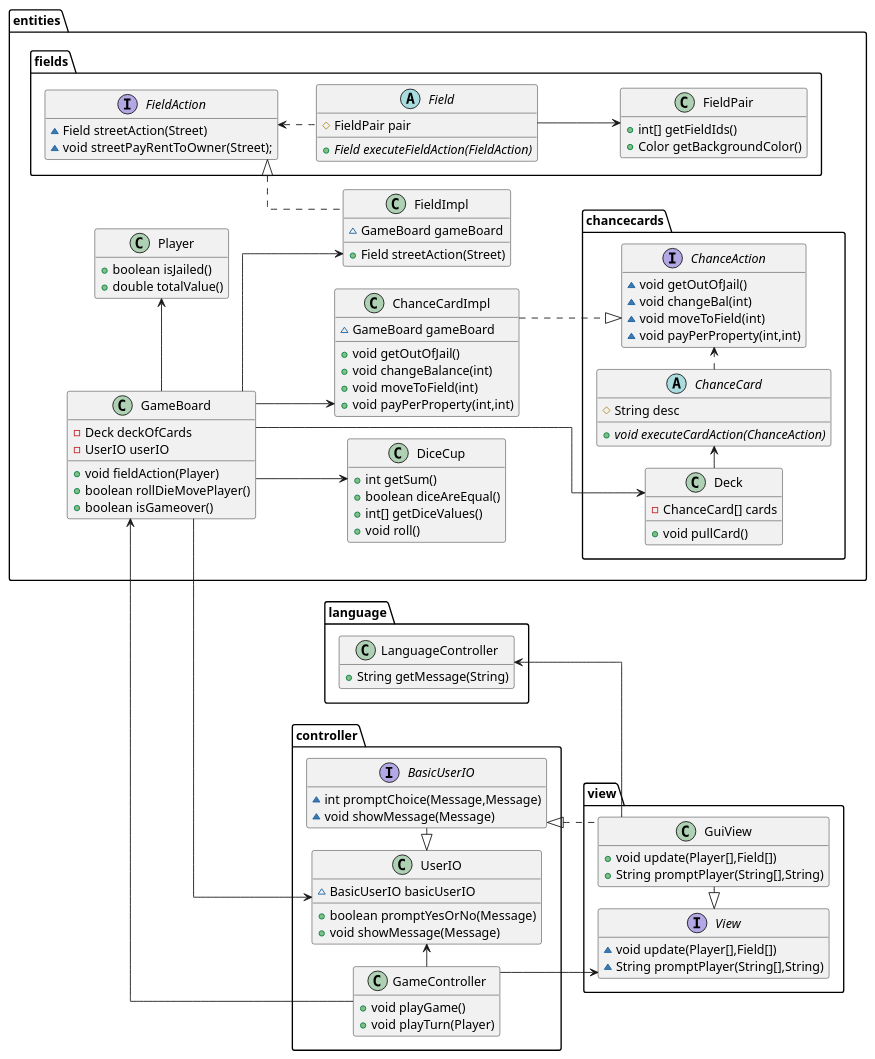
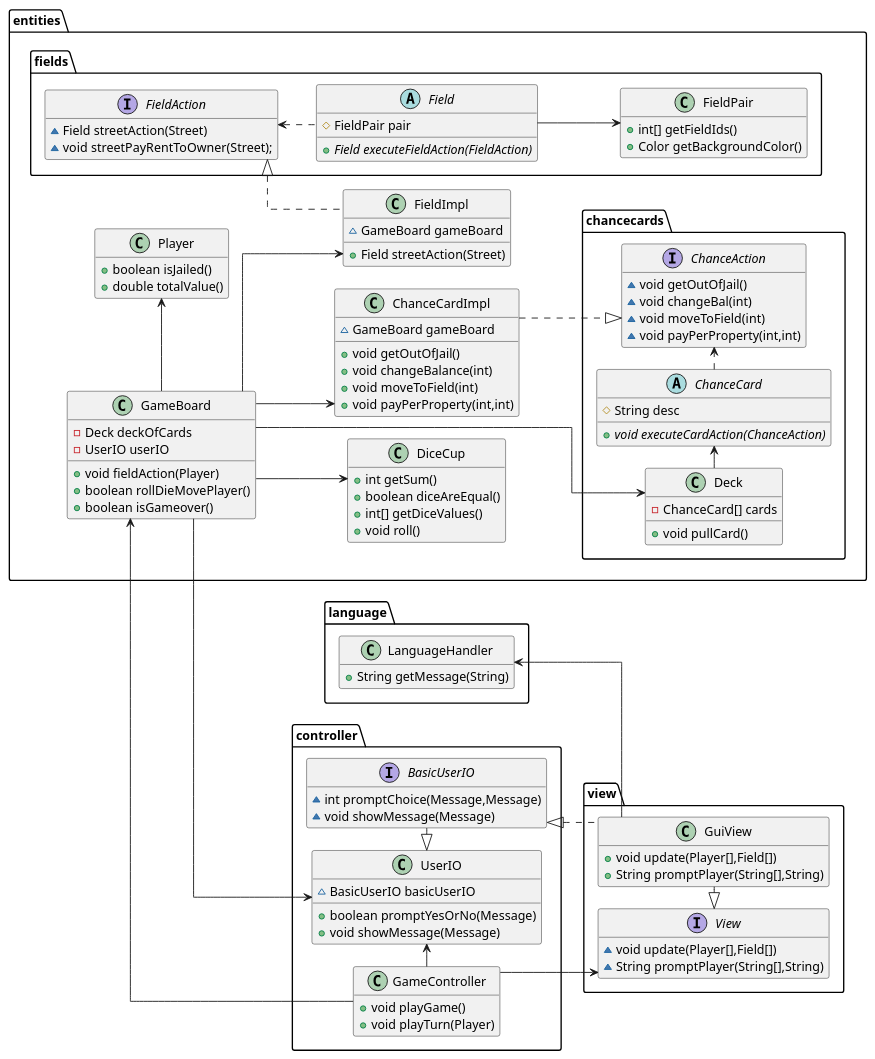
One commit to xdTobs/_22_del3 changed the diagram in diagrams/ClassDiagram2.puml. Above: the diagram before and after it, drawn with PlantUML. The commit also changed 1 other file, not shown here.

Commit message:
Changed diagram names

```diff
--- a/diagrams/ClassDiagram2.puml
+++ b/diagrams/ClassDiagram2.puml
@@ -1,136 +1,136 @@
 @startuml
 hide empty members
 skinparam linetype ortho
 left to right direction
 skinparam nodesep 25
 skinparam ranksep 15
 
 package entities{
     class ChanceCardImpl {
         ~ GameBoard gameBoard
         + void getOutOfJail()
         + void changeBalance(int)
         + void moveToField(int)
         + void payPerProperty(int,int)
     }
     class GameBoard {
         - Deck deckOfCards
         - UserIO userIO
         + void fieldAction(Player)
         + boolean rollDieMovePlayer()
         + boolean isGameover()
     }
 
     class Player {
         + boolean isJailed()
         + double totalValue()
     }
     class DiceCup {
         + int getSum()
         + boolean diceAreEqual()
         + int[] getDiceValues()
         + void roll()
     }
     class FieldImpl {
 	~ GameBoard gameBoard
 	+ Field streetAction(Street)
     }
 
     package chancecards {
         class Deck {
             -ChanceCard[] cards
             + void pullCard()
         }
         interface ChanceAction {
             ~ void getOutOfJail()
             ~ void changeBal(int)
             ~ void moveToField(int)
             ~ void payPerProperty(int,int)
         }
         abstract class ChanceCard {
             # String desc
             + {abstract}void executeCardAction(ChanceAction)
         }
     }
     package fields {
          abstract class Field {
             # FieldPair pair
             + {abstract}Field executeFieldAction(FieldAction)
         }
         class FieldPair {
             + int[] getFieldIds()
             + Color getBackgroundColor()
         }
 
         interface FieldAction {
             ~ Field streetAction(Street)
             ~ void streetPayRentToOwner(Street);
         }
     }
 }
 
 
 package language{
-    class LanguageController {
+    class LanguageHandler {
         + String getMessage(String)
     }
 }
 
 package controller {
     class UserIO {
         ~ BasicUserIO basicUserIO
         + boolean promptYesOrNo(Message)
         + void showMessage(Message)
     }
 
     interface BasicUserIO {
         ~ int promptChoice(Message,Message)
         ~ void showMessage(Message)
     }
 
     class GameController {
         + void playGame()
         + void playTurn(Player)
     }
 }
 package view{
     class GuiView {
         + void update(Player[],Field[])
         + String promptPlayer(String[],String)
     }
 
     interface View {
         ~ void update(Player[],Field[])
         ~ String promptPlayer(String[],String)
     }
 }
 
 
 GameBoard <-- GameController
 
 
 GameBoard --> ChanceCardImpl
 GameBoard --> FieldImpl
 
 Player -up[hidden]-> FieldImpl
 
 GameBoard -left-> Player
 GameBoard --> DiceCup
 GameBoard --> UserIO
 
 GameBoard -[norank]-> Deck
-GuiView -[norank]-> LanguageController
-Deck -[hidden]up-> LanguageController
+GuiView -[norank]-> LanguageHandler
+Deck -[hidden]up-> LanguageHandler
 ChanceCardImpl ..|>ChanceAction
 FieldAction <|.. FieldImpl
 View <|.left. GuiView
 BasicUserIO <|.down. GuiView
 UserIO <|.right. BasicUserIO
 GameController --> View
 GameController -left> UserIO
 FieldAction <..Field
 FieldPair <-up-Field
 Deck  -right-> ChanceCard
 ChanceAction <.left.ChanceCard
 
 @enduml
```
